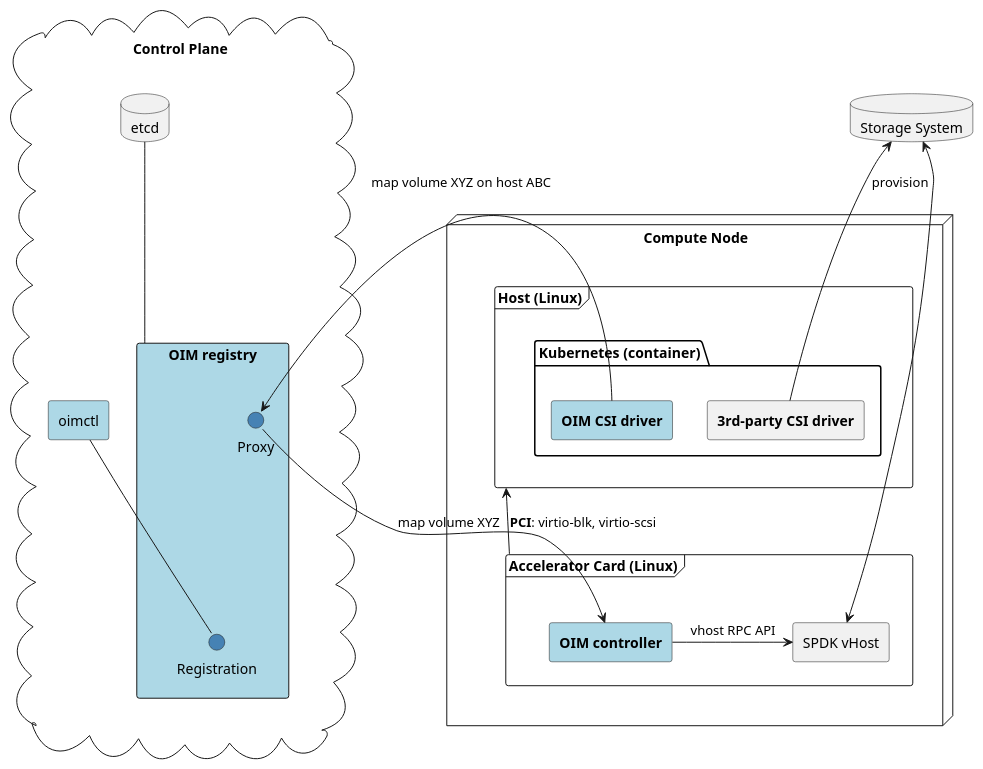
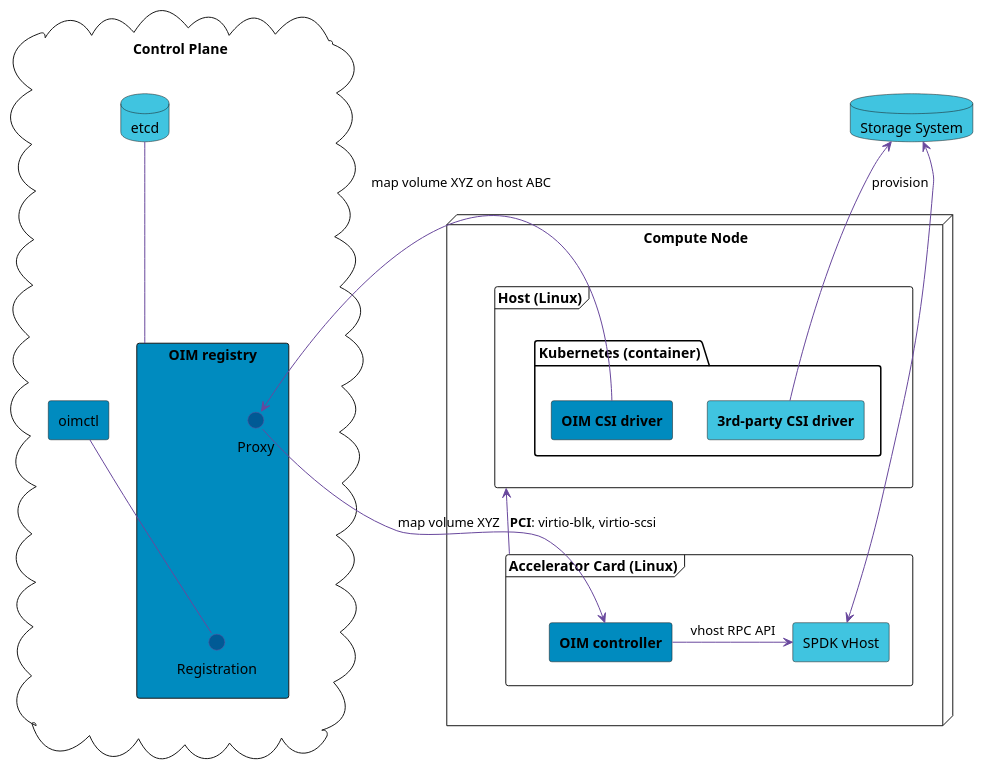
The diagram in doc/overview.puml (intel/oim), drawn with PlantUML before and after one commit. The commit also changed 1 other file, not shown here.

```diff
--- a/doc/overview.puml
+++ b/doc/overview.puml
@@ -1,54 +1,59 @@
 @startuml
 skinparam backgroundcolor transparent
+skinparam ArrowColor #69489d
+skinparam interface {
+  borderColor #69489d
+}
+
 
 'left to right direction
 
 node "Compute Node" as computenode {
     frame "Host (Linux)" as host {
         package "Kubernetes (container)" {
-            rectangle "**OIM CSI driver**" as oimdriver #LightBlue
-            rectangle "**3rd-party CSI driver**" as otherdriver
+            rectangle "**OIM CSI driver**" as oimdriver #008bbf
+            rectangle "**3rd-party CSI driver**" as otherdriver #40c4e0
             oimdriver -[hidden]> otherdriver
         }
     }
 
     frame "Accelerator Card (Linux)" as card {
-        rectangle "SPDK vHost" as spdk
-        rectangle "**OIM controller**" as controller #LightBlue {
+        rectangle "SPDK vHost" as spdk #40c4e0
+        rectangle "**OIM controller**" as controller #008bbf {
 
         }
 
         spdk <- controller : vhost RPC API
     }
 
     host <-- card : **PCI**: virtio-blk, virtio-scsi
 }
 
 cloud "Control Plane" as controlplane {
-    database etcd
+    database etcd #40c4e0
 
-    rectangle "OIM registry" as registry #LightBlue {
-        interface Proxy #SteelBlue
-        interface Registration #SteelBlue
+    rectangle "OIM registry" as registry #008bbf {
+        interface Proxy #005a95
+        interface Registration #005a95
         Proxy -[hidden]-> Registration
     }
 
-    rectangle "oimctl" #LightBlue
+    rectangle "oimctl" #008bbf
 
     etcd -- registry
     oimctl -- Registration
 }
 
 
 Proxy <- oimdriver : map volume XYZ on host ABC
 Proxy -> controller : map volume XYZ
 
 controlplane -[hidden]> computenode
 
-database "Storage System" as storage
+database "Storage System" as storage  #40c4e0
 
 storage <-- otherdriver : provision
 storage <--> spdk
 
 
 @enduml
```
